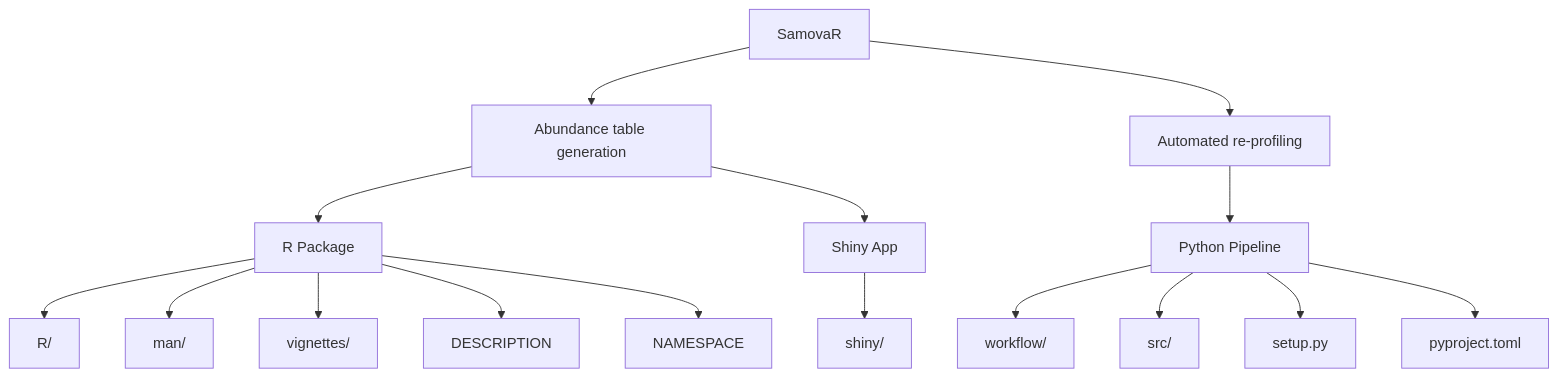
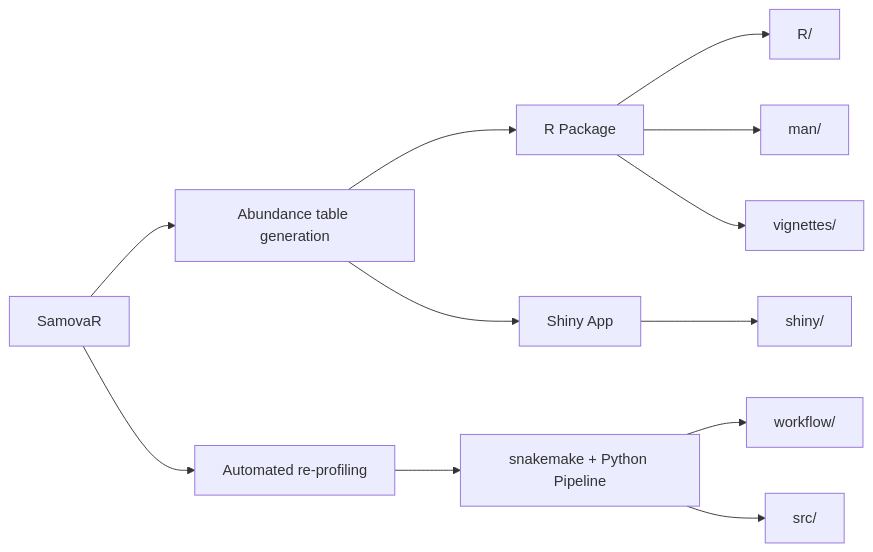
One commit to ctlab/samovar changed the diagram in README.md. Above: the diagram before and after it, drawn with Mermaid. The commit also changed 5 other files, not shown here.

````diff
--- a/README.md
+++ b/README.md
@@ -17,21 +17,17 @@
 ```mermaid
-graph TD
+graph LR
     A[SamovaR] --> G1[Abundance table generation]
     G1 --> B[R Package]
     A --> G2[Automated re-profiling]
-    G2 --> C[Python Pipeline]
+    G2 --> C[snakemake + Python Pipeline]
     G1 --> G[Shiny App]
 
     B --> B1[R/]
     B --> B2[man/]
     B --> B3[vignettes/]
-    B --> B4[DESCRIPTION]
-    B --> B5[NAMESPACE]
 
     C --> C1[workflow/]
     C --> C2[src/]
-    C --> C3[setup.py]
-    C --> C4[pyproject.toml]
 
     G --> H[shiny/]
 ```
````
